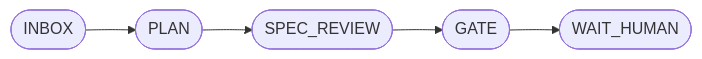
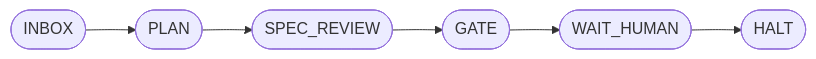
Before and after one commit to lederyide-dotcom/agent-legion: the diagram in vault/AI/records/T-0012/record.md, drawn with Mermaid. The commit also changed other lines of this file and 13 other files, not shown here.

````diff
--- a/vault/AI/records/T-0012/record.md
+++ b/vault/AI/records/T-0012/record.md
@@ -84,7 +85,8 @@
 ```mermaid
 flowchart LR
     INBOX([INBOX]) --> PLAN([PLAN])
     PLAN([PLAN]) --> SPEC_REVIEW([SPEC_REVIEW])
     SPEC_REVIEW([SPEC_REVIEW]) --> GATE([GATE])
     GATE([GATE]) --> WAIT_HUMAN([WAIT_HUMAN])
+    WAIT_HUMAN([WAIT_HUMAN]) --> HALT([HALT])
 ```
````
